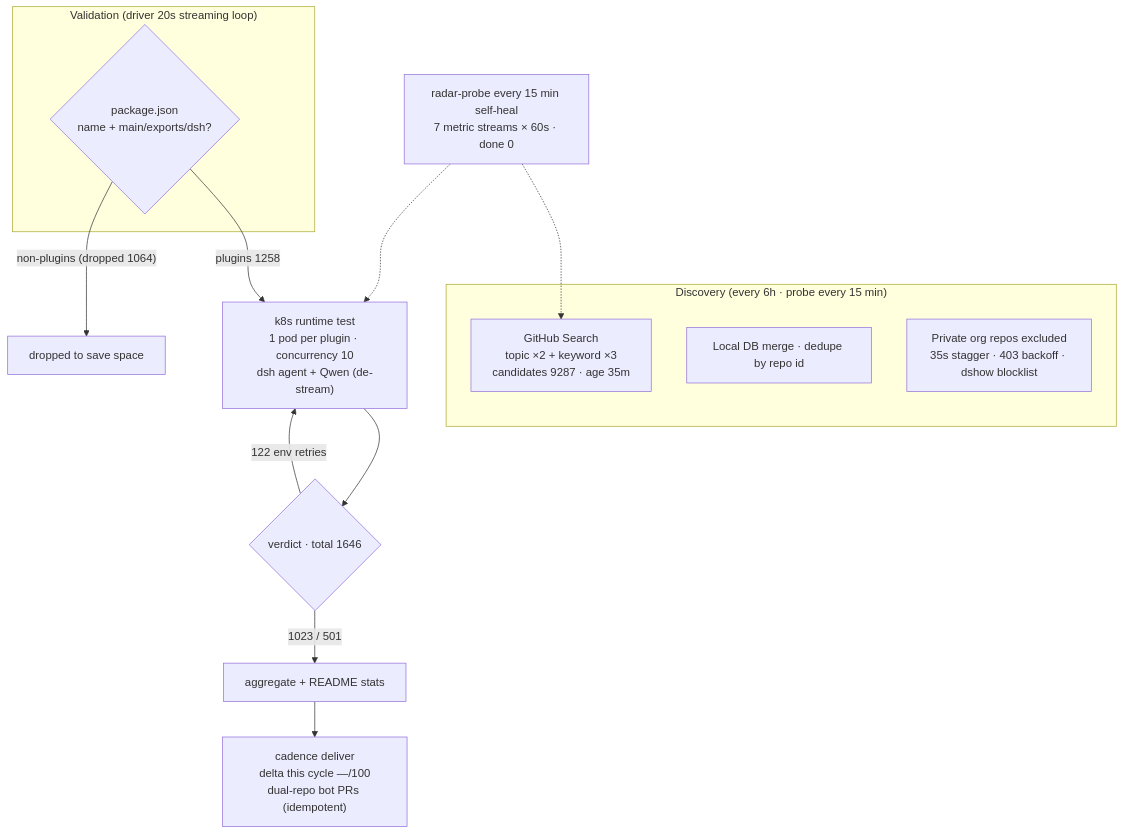
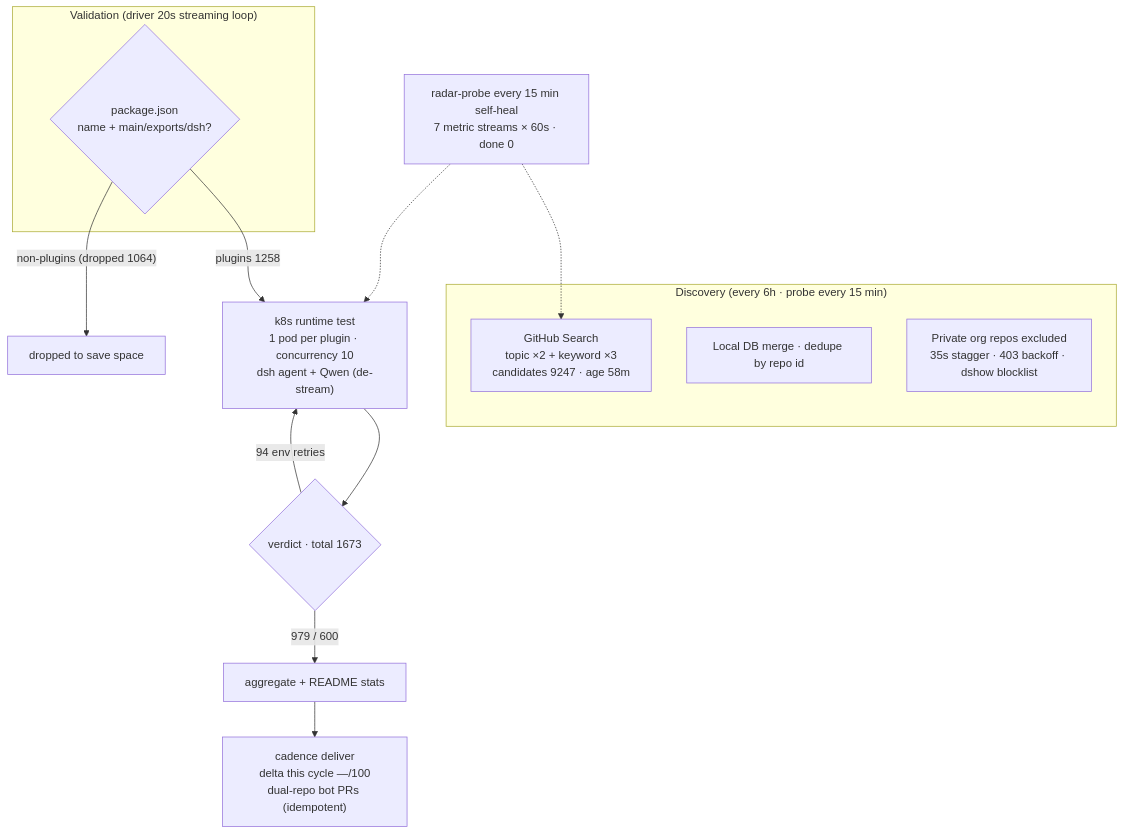
One commit to Zhidao-Lab-OSS/awesome-dsh-plugins changed the diagram in README.en-US.md. Above: the diagram before and after it, drawn with Mermaid. The commit also changed other lines of this file and 1 other file, not shown here.

````diff
--- a/README.en-US.md
+++ b/README.en-US.md
@@ -28,19 +30,19 @@
 ```mermaid
 flowchart TB
     subgraph Discovery[" Discovery (every 6h · probe every 15 min)"]
-        A1["GitHub Search<br/>topic ×2 + keyword ×3<br/>candidates 9287 · age 35m"]
+        A1["GitHub Search<br/>topic ×2 + keyword ×3<br/>candidates 9247 · age 58m"]
         A2["Local DB merge · dedupe by repo id"]
         A3[" Private org repos excluded<br/>35s stagger · 403 backoff · dshow blocklist"]
     end
     subgraph Validation[" Validation (driver 20s streaming loop)"]
         B1{"package.json<br/>name + main/exports/dsh?"}
     end
     B1 -->|"plugins 1258"| C1["k8s runtime test<br/>1 pod per plugin · concurrency 10<br/>dsh agent + Qwen (de-stream)"]
     B1 -->|"non-plugins (dropped 1064)"| B3[" dropped to save space"]
-    C1 --> D1{"verdict · total 1646"}
-    D1 -->|" 1023 /  501"| E1["aggregate + README stats"]
-    D1 -->|" 122 env retries"| C1
+    C1 --> D1{"verdict · total 1673"}
+    D1 -->|" 979 /  600"| E1["aggregate + README stats"]
+    D1 -->|" 94 env retries"| C1
     E1 --> E2["cadence deliver<br/>delta this cycle —/100<br/>dual-repo bot PRs (idempotent)"]
     M[" radar-probe every 15 min self-heal<br/>7 metric streams × 60s · done 0"] -.-> A1
     M -.-> C1
 ```
````
